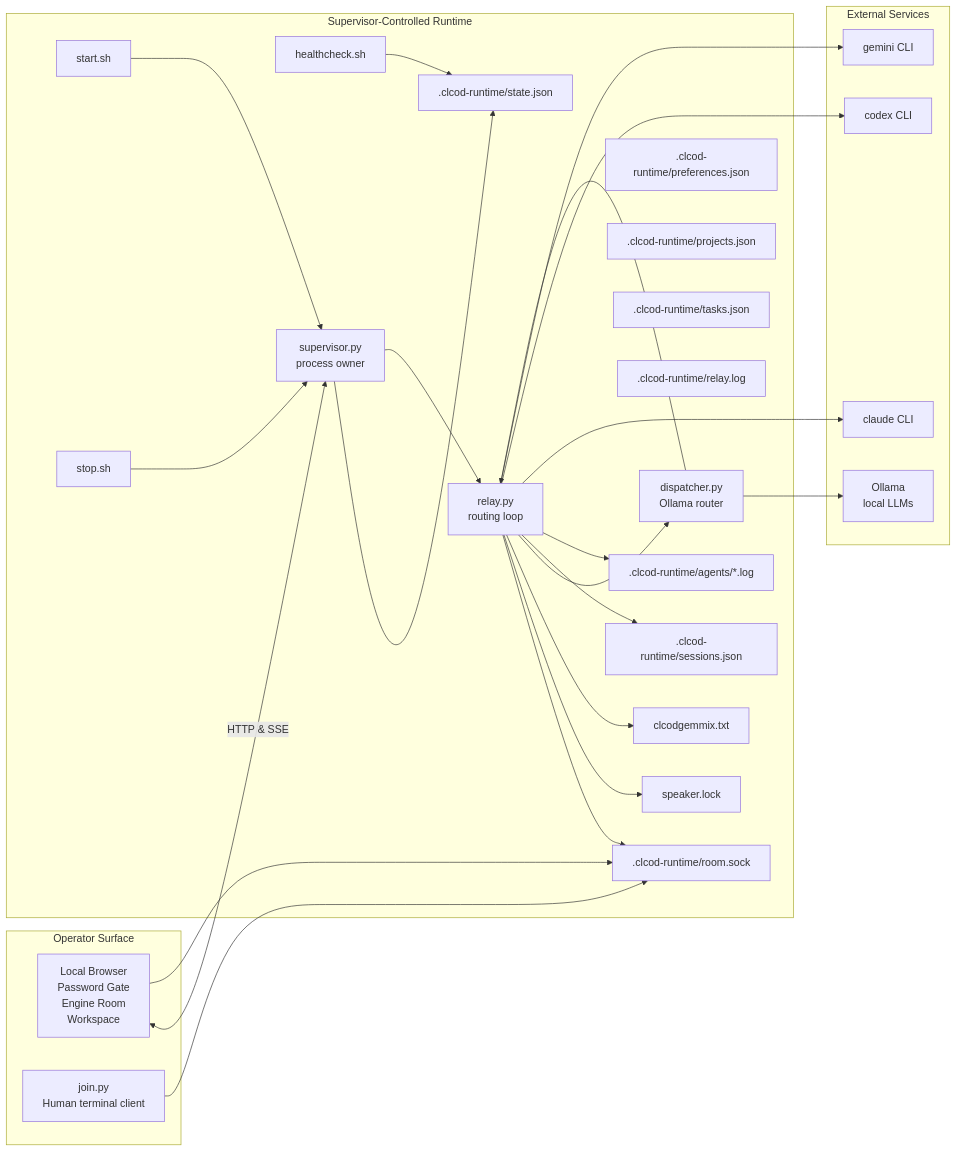
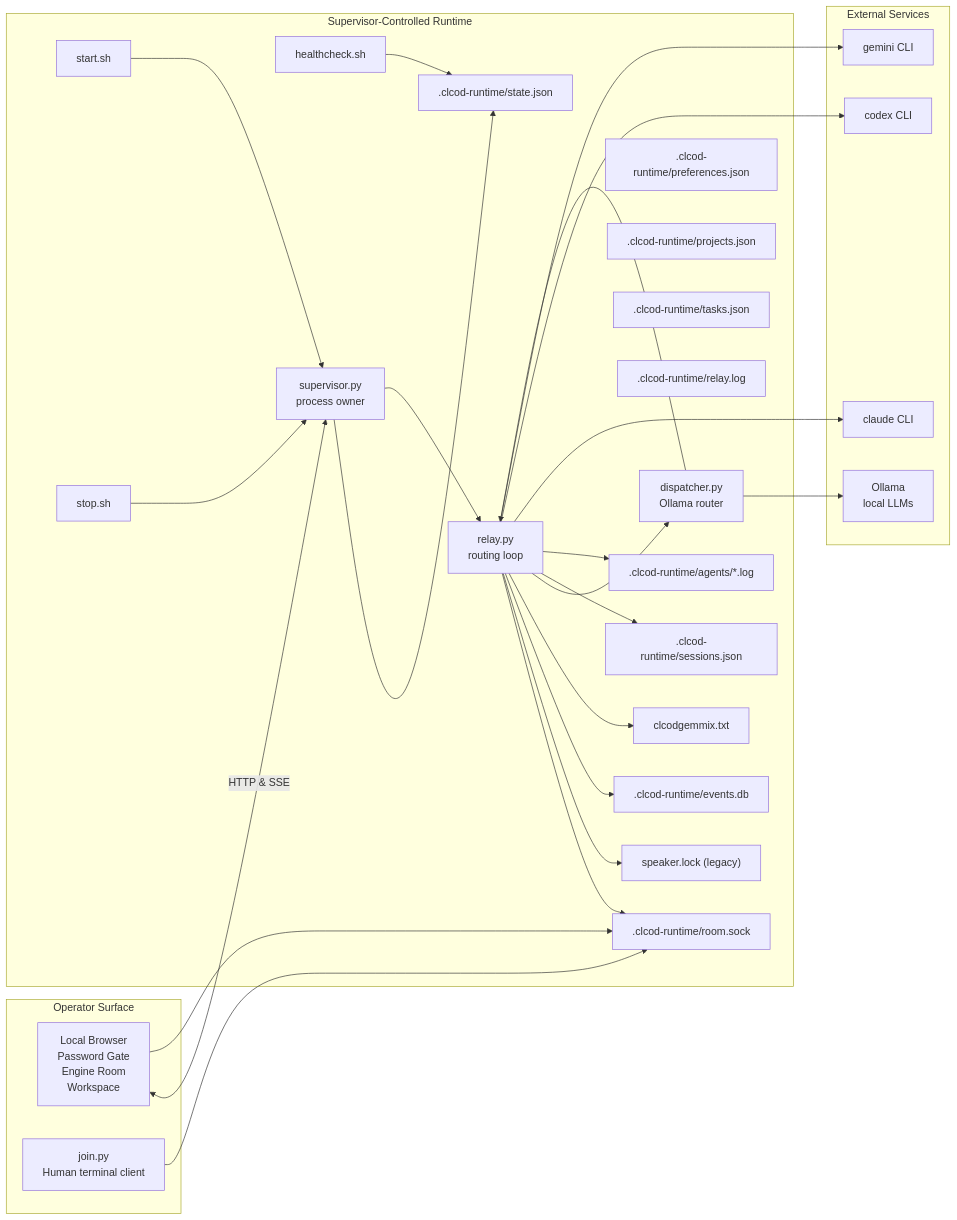
One commit to gUBII/clcod changed the first of 4 diagrams in README.md. Above: the diagram before and after it, drawn with Mermaid. The commit also changed other lines of this file and 15 other files, not shown here.

First line of the commit message:
Harden relay dispatch and runtime stability

````diff
--- a/README.md
+++ b/README.md
@@ -109,53 +120,55 @@
 ```mermaid
 flowchart LR
     subgraph HumanSurface["Operator Surface"]
         Browser["Local Browser<br/>Password Gate<br/>Engine Room<br/>Workspace"]
         Join["join.py<br/>Human terminal client"]
     end
 
     subgraph ControlPlane["Supervisor-Controlled Runtime"]
         Start["start.sh"]
         Stop["stop.sh"]
         Health["healthcheck.sh"]
         Supervisor["supervisor.py<br/>process owner"]
         Relay["relay.py<br/>routing loop"]
         Dispatcher["dispatcher.py<br/>Ollama router"]
         State[".clcod-runtime/state.json"]
         Sessions[".clcod-runtime/sessions.json"]
         Prefs[".clcod-runtime/preferences.json"]
         Projects[".clcod-runtime/projects.json"]
         Tasks[".clcod-runtime/tasks.json"]
         RelayLog[".clcod-runtime/relay.log"]
         AgentLogs[".clcod-runtime/agents/*.log"]
-        Lock["speaker.lock"]
+        Lock["speaker.lock (legacy)"]
+        EventsDB[".clcod-runtime/events.db"]
         Transcript["clcodgemmix.txt"]
         Socket[".clcod-runtime/room.sock"]
     end
 
     subgraph External["External Services"]
         Ollama["Ollama<br/>local LLMs"]
         Claude["claude CLI"]
         Codex["codex CLI"]
         Gemini["gemini CLI"]
     end
 
     Start --> Supervisor
     Stop --> Supervisor
     Health --> State
     Browser <-->|HTTP & SSE| Supervisor
     Browser --> Socket
     Join --> Socket
     Supervisor --> State
     Supervisor --> Relay
     Relay --> Socket
     Relay --> Lock
+    Relay --> EventsDB
     Relay --> Transcript
     Relay --> Dispatcher
     Dispatcher --> Ollama
     Dispatcher --> Relay
     Relay --> Sessions
     Relay --> AgentLogs
     Relay --> Claude
     Relay --> Codex
     Relay --> Gemini
 ```
````
